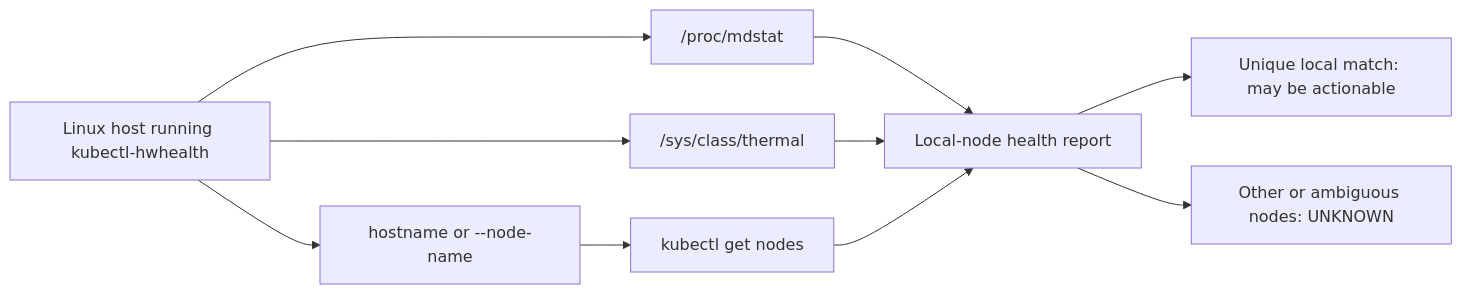
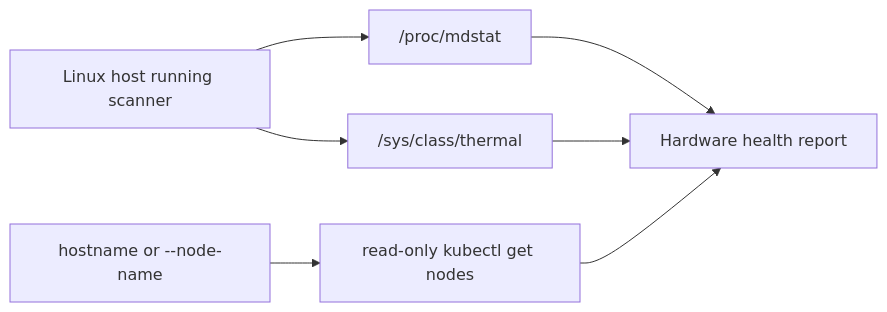
One commit to JemBuildz/kubectl-hwhealth changed the diagram in README.md. Above: the diagram before and after it, drawn with Mermaid. The commit also changed other lines of this file and 6 other files, not shown here.

````diff
--- a/README.md
+++ b/README.md
@@ -50,12 +43,9 @@
 ```mermaid
 flowchart LR
-    host["Linux host running kubectl-hwhealth"] --> raid["/proc/mdstat"]
+    host["Linux host running scanner"] --> raid["/proc/mdstat"]
     host --> temp["/sys/class/thermal"]
-    host --> identity["hostname or --node-name"]
-    identity --> kube["kubectl get nodes"]
-    raid --> report["Local-node health report"]
+    identity["hostname or --node-name"] --> kube["read-only kubectl get nodes"]
+    raid --> report["Hardware health report"]
     temp --> report
     kube --> report
-    report --> known["Unique local match: may be actionable"]
-    report --> unknown["Other or ambiguous nodes: UNKNOWN"]
 ```
````
